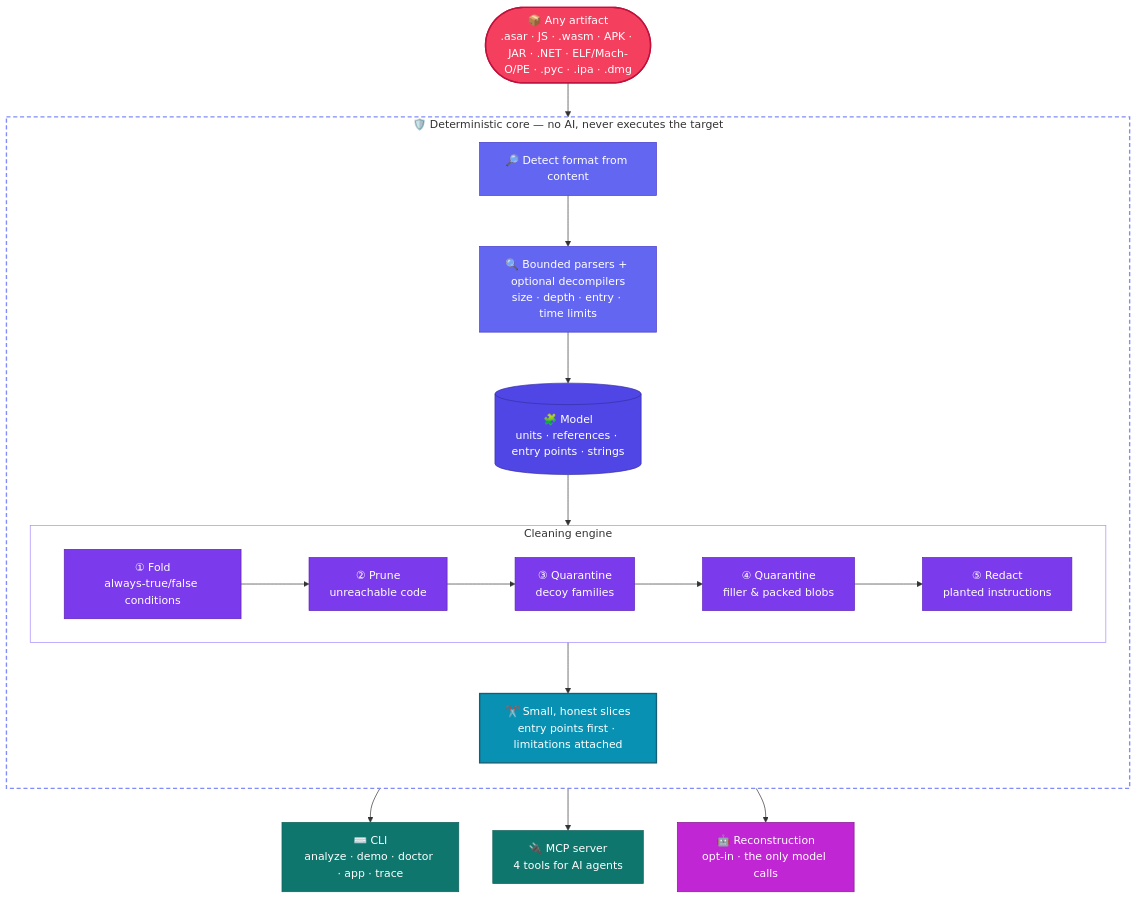
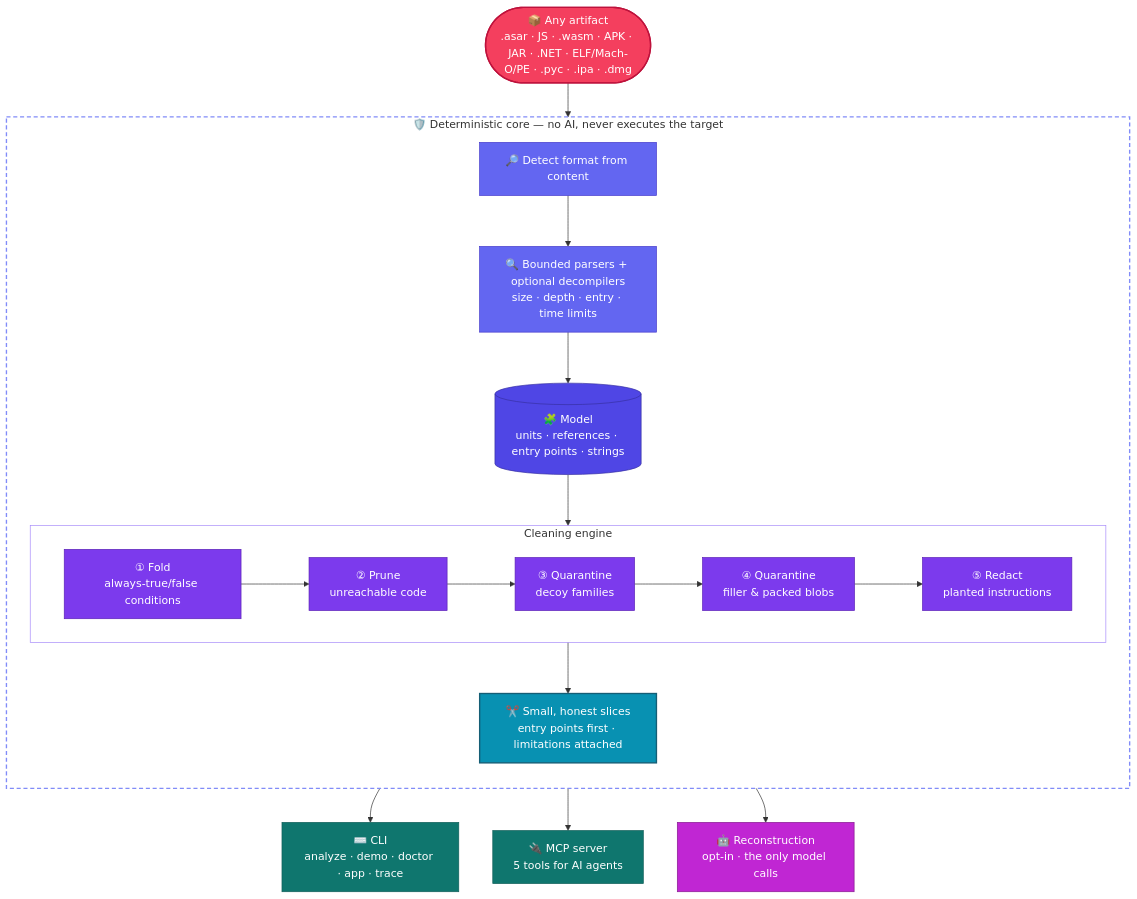
One commit to AnvitDevadiga/ree changed the diagram in README.md. Above: the diagram before and after it, drawn with Mermaid. The commit also changed other lines of this file and 15 other files, not shown here.

First line of the commit message:
feat(setup): 'ree setup' connects REE to AI agents; ree_parts MCP tool; 'ree update'

````diff
--- a/README.md
+++ b/README.md
@@ -249,42 +249,42 @@
 ```mermaid
 flowchart TB
     A(["📦 Any artifact<br/>.asar · JS · .wasm · APK · JAR · .NET · ELF/Mach-O/PE · .pyc · .ipa · .dmg"]):::input
 
     subgraph CORE["🛡️  Deterministic core — no AI, never executes the target"]
         direction TB
         D["🔎 Detect format from content"]:::parse
         P["🔍 Bounded parsers + optional decompilers<br/>size · depth · entry · time limits"]:::parse
         M[("🧩 Model<br/>units · references · entry points · strings")]:::model
 
         subgraph ENGINE["Cleaning engine"]
             direction LR
             S1["① Fold<br/>always-true/false conditions"]:::pass
             S2["② Prune<br/>unreachable code"]:::pass
             S3["③ Quarantine<br/>decoy families"]:::pass
             S4["④ Quarantine<br/>filler & packed blobs"]:::pass
             S5["⑤ Redact<br/>planted instructions"]:::pass
             S1 --> S2 --> S3 --> S4 --> S5
         end
 
         D --> P --> M --> ENGINE
         SL["✂️ Small, honest slices<br/>entry points first · limitations attached"]:::slice
         ENGINE --> SL
     end
 
     A --> D
 
     SL --> CLI["⌨️ CLI<br/>analyze · demo · doctor · app · trace"]:::out
-    SL --> MCP["🔌 MCP server<br/>4 tools for AI agents"]:::out
+    SL --> MCP["🔌 MCP server<br/>5 tools for AI agents"]:::out
     SL --> AG["🤖 Reconstruction<br/>opt-in · the only model calls"]:::llm
 
     classDef input fill:#f43f5e,stroke:#be123c,color:#ffffff,stroke-width:2px
     classDef parse fill:#6366f1,stroke:#4338ca,color:#ffffff
     classDef model fill:#4f46e5,stroke:#3730a3,color:#ffffff
     classDef pass fill:#7c3aed,stroke:#5b21b6,color:#ffffff
     classDef slice fill:#0891b2,stroke:#155e75,color:#ffffff,stroke-width:2px
     classDef out fill:#0f766e,stroke:#115e59,color:#ffffff
     classDef llm fill:#c026d3,stroke:#86198f,color:#ffffff
 
     style CORE fill:transparent,stroke:#818cf8,stroke-width:2px,stroke-dasharray:6 4
     style ENGINE fill:transparent,stroke:#a78bfa,stroke-width:1px
 ```
````
